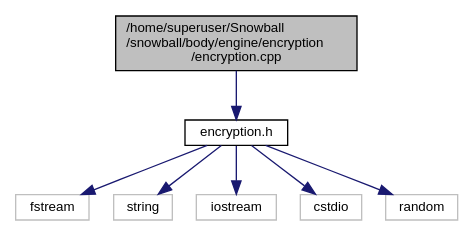
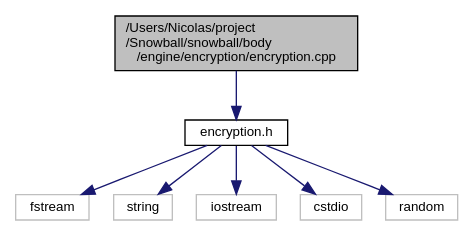
Before and after one commit to HexDumper/Snowball: the diagram in snowball/documentation/rtf/encryption_8cpp__incl.dot, drawn with Graphviz. The commit also changed 330 other files, not shown here.

```diff
--- a/snowball/documentation/rtf/encryption_8cpp__incl.dot
+++ b/snowball/documentation/rtf/encryption_8cpp__incl.dot
@@ -1,18 +1,18 @@
-digraph "/home/superuser/Snowball/snowball/body/engine/encryption/encryption.cpp"
+digraph "/Users/Nicolas/project/Snowball/snowball/body/engine/encryption/encryption.cpp"
 {
   edge [fontname="Helvetica",fontsize="10",labelfontname="Helvetica",labelfontsize="10"];
   node [fontname="Helvetica",fontsize="10",shape=record];
-  Node1 [label="/home/superuser/Snowball\l/snowball/body/engine/encryption\l/encryption.cpp",height=0.2,width=0.4,color="black", fillcolor="grey75", style="filled", fontcolor="black"];
+  Node0 [label="/Users/Nicolas/project\l/Snowball/snowball/body\l/engine/encryption/encryption.cpp",height=0.2,width=0.4,color="black", fillcolor="grey75", style="filled", fontcolor="black"];
+  Node0 -> Node1 [color="midnightblue",fontsize="10",style="solid",fontname="Helvetica"];
+  Node1 [label="encryption.h",height=0.2,width=0.4,color="black", fillcolor="white", style="filled",URL="$encryption_8h.html"];
   Node1 -> Node2 [color="midnightblue",fontsize="10",style="solid",fontname="Helvetica"];
-  Node2 [label="encryption.h",height=0.2,width=0.4,color="black", fillcolor="white", style="filled",URL="$encryption_8h.html"];
-  Node2 -> Node3 [color="midnightblue",fontsize="10",style="solid",fontname="Helvetica"];
-  Node3 [label="fstream",height=0.2,width=0.4,color="grey75", fillcolor="white", style="filled"];
-  Node2 -> Node4 [color="midnightblue",fontsize="10",style="solid",fontname="Helvetica"];
-  Node4 [label="string",height=0.2,width=0.4,color="grey75", fillcolor="white", style="filled"];
-  Node2 -> Node5 [color="midnightblue",fontsize="10",style="solid",fontname="Helvetica"];
-  Node5 [label="iostream",height=0.2,width=0.4,color="grey75", fillcolor="white", style="filled"];
-  Node2 -> Node6 [color="midnightblue",fontsize="10",style="solid",fontname="Helvetica"];
-  Node6 [label="cstdio",height=0.2,width=0.4,color="grey75", fillcolor="white", style="filled"];
-  Node2 -> Node7 [color="midnightblue",fontsize="10",style="solid",fontname="Helvetica"];
-  Node7 [label="random",height=0.2,width=0.4,color="grey75", fillcolor="white", style="filled"];
+  Node2 [label="fstream",height=0.2,width=0.4,color="grey75", fillcolor="white", style="filled"];
+  Node1 -> Node3 [color="midnightblue",fontsize="10",style="solid",fontname="Helvetica"];
+  Node3 [label="string",height=0.2,width=0.4,color="grey75", fillcolor="white", style="filled"];
+  Node1 -> Node4 [color="midnightblue",fontsize="10",style="solid",fontname="Helvetica"];
+  Node4 [label="iostream",height=0.2,width=0.4,color="grey75", fillcolor="white", style="filled"];
+  Node1 -> Node5 [color="midnightblue",fontsize="10",style="solid",fontname="Helvetica"];
+  Node5 [label="cstdio",height=0.2,width=0.4,color="grey75", fillcolor="white", style="filled"];
+  Node1 -> Node6 [color="midnightblue",fontsize="10",style="solid",fontname="Helvetica"];
+  Node6 [label="random",height=0.2,width=0.4,color="grey75", fillcolor="white", style="filled"];
 }
```
